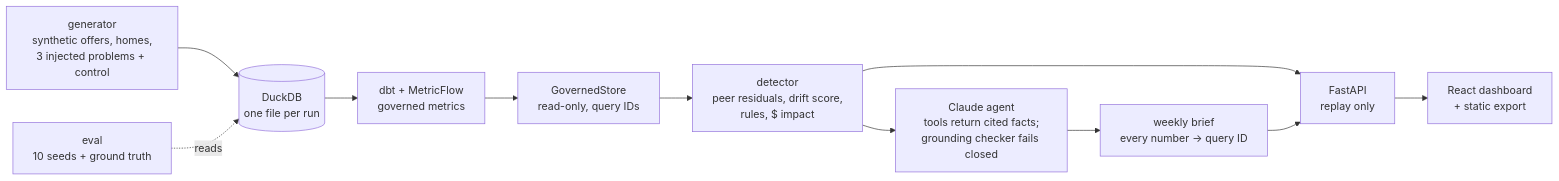
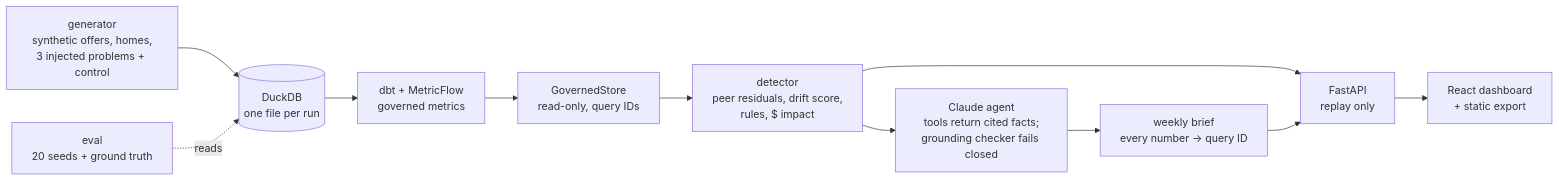
One commit to SrujanRudrapati/margin-radar changed the diagram in README.md. Above: the diagram before and after it, drawn with Mermaid. The commit also changed other lines of this file and 2 other files, not shown here.

Commit message:
docs: quote the true holdout (seeds 11-20) everywhere; old-vs-new comparison; updated talk track

````diff
--- a/README.md
+++ b/README.md
@@ -9,13 +9,13 @@
 ```mermaid
 flowchart LR
   G[generator<br/>synthetic offers, homes,<br/>3 injected problems + control] --> D[(DuckDB<br/>one file per run)]
   D --> T[dbt + MetricFlow<br/>governed metrics]
   T --> S[GovernedStore<br/>read-only, query IDs]
   S --> R[detector<br/>peer residuals, drift score,<br/>rules, $ impact]
   R --> A[Claude agent<br/>tools return cited facts;<br/>grounding checker fails closed]
   A --> B[weekly brief<br/>every number → query ID]
   R --> API[FastAPI<br/>replay only]
   B --> API
   API --> W[React dashboard<br/>+ static export]
-  E[eval<br/>10 seeds + ground truth] -.reads.-> D
+  E[eval<br/>20 seeds + ground truth] -.reads.-> D
 ```
````
